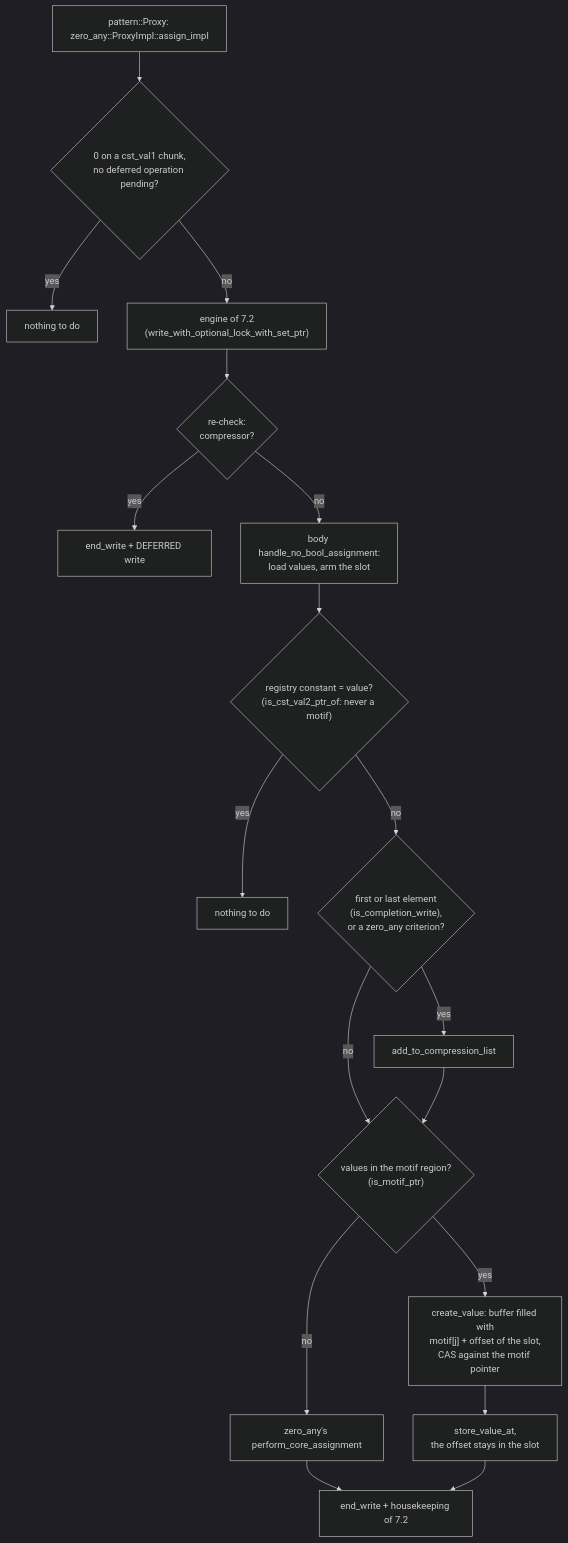
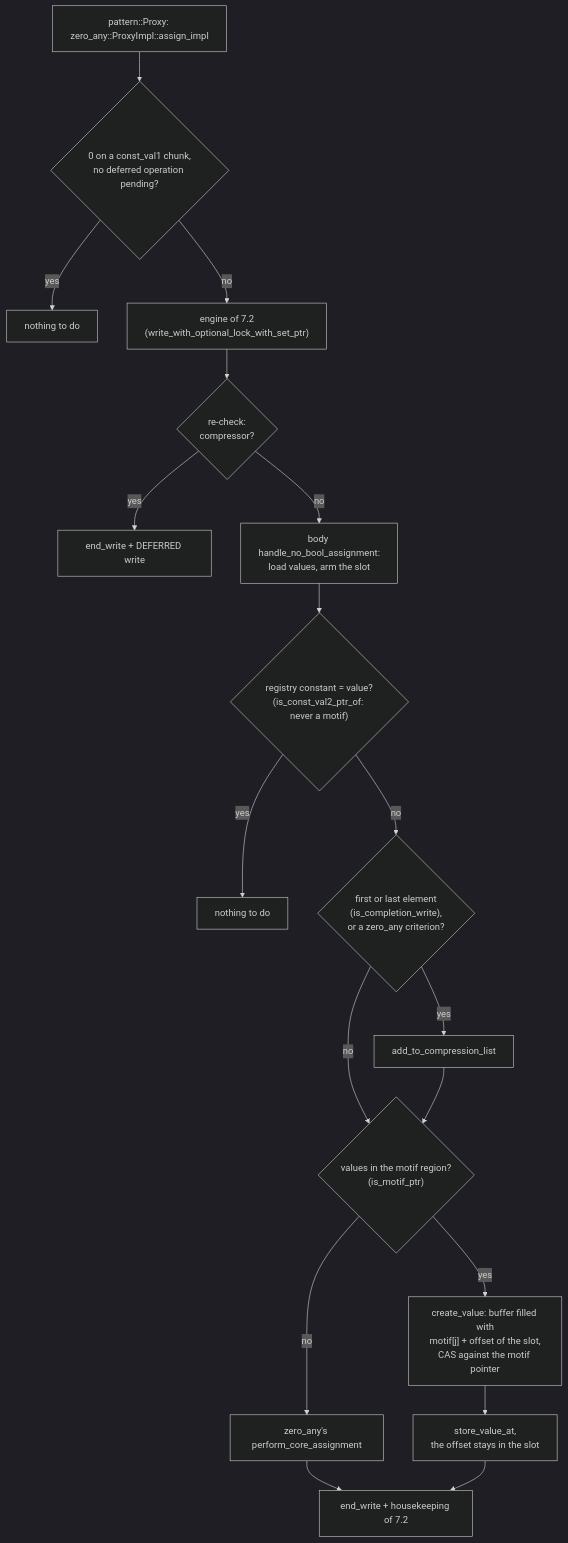
The second of 2 diagrams in docs/algo_pattern.md (cea-hpc/shrink-array), drawn with Mermaid (dark theme) before and after one commit. The commit also changed other lines of this file and 108 other files, not shown here.

First line of the commit message:
French names in English (4/4): cst (constante) is const

````diff
--- a/docs/algo_pattern.md
+++ b/docs/algo_pattern.md
@@ -185,20 +185,20 @@
 ```mermaid
 flowchart TD
-    A["pattern::Proxy: zero_any::ProxyImpl::assign_impl"] --> B{"0 on a cst_val1 chunk,<br/>no deferred operation pending?"}
+    A["pattern::Proxy: zero_any::ProxyImpl::assign_impl"] --> B{"0 on a const_val1 chunk,<br/>no deferred operation pending?"}
     B -->|yes| B1["nothing to do"]
     B -->|no| C["engine of 7.2<br/>(write_with_optional_lock_with_set_ptr)"]
     C --> D{"re-check:<br/>compressor?"}
     D -->|yes| D1["end_write + DEFERRED write"]
     D -->|no| E["body handle_no_bool_assignment:<br/>load values, arm the slot"]
-    E --> F{"registry constant = value?<br/>(is_cst_val2_ptr_of: never a motif)"}
+    E --> F{"registry constant = value?<br/>(is_const_val2_ptr_of: never a motif)"}
     F -->|yes| F1["nothing to do"]
     F -->|no| G{"first or last element<br/>(is_completion_write),<br/>or a zero_any criterion?"}
     G -->|yes| G1["add_to_compression_list"]
     G -->|no| H
     G1 --> H{"values in the motif region?<br/>(is_motif_ptr)"}
     H -->|yes| I["create_value: buffer filled with<br/>motif[j] + offset of the slot,<br/>CAS against the motif pointer"]
     H -->|no| J["zero_any's perform_core_assignment"]
     I --> K["store_value_at,<br/>the offset stays in the slot"]
     J --> L["end_write + housekeeping of 7.2"]
     K --> L
 ```
````
